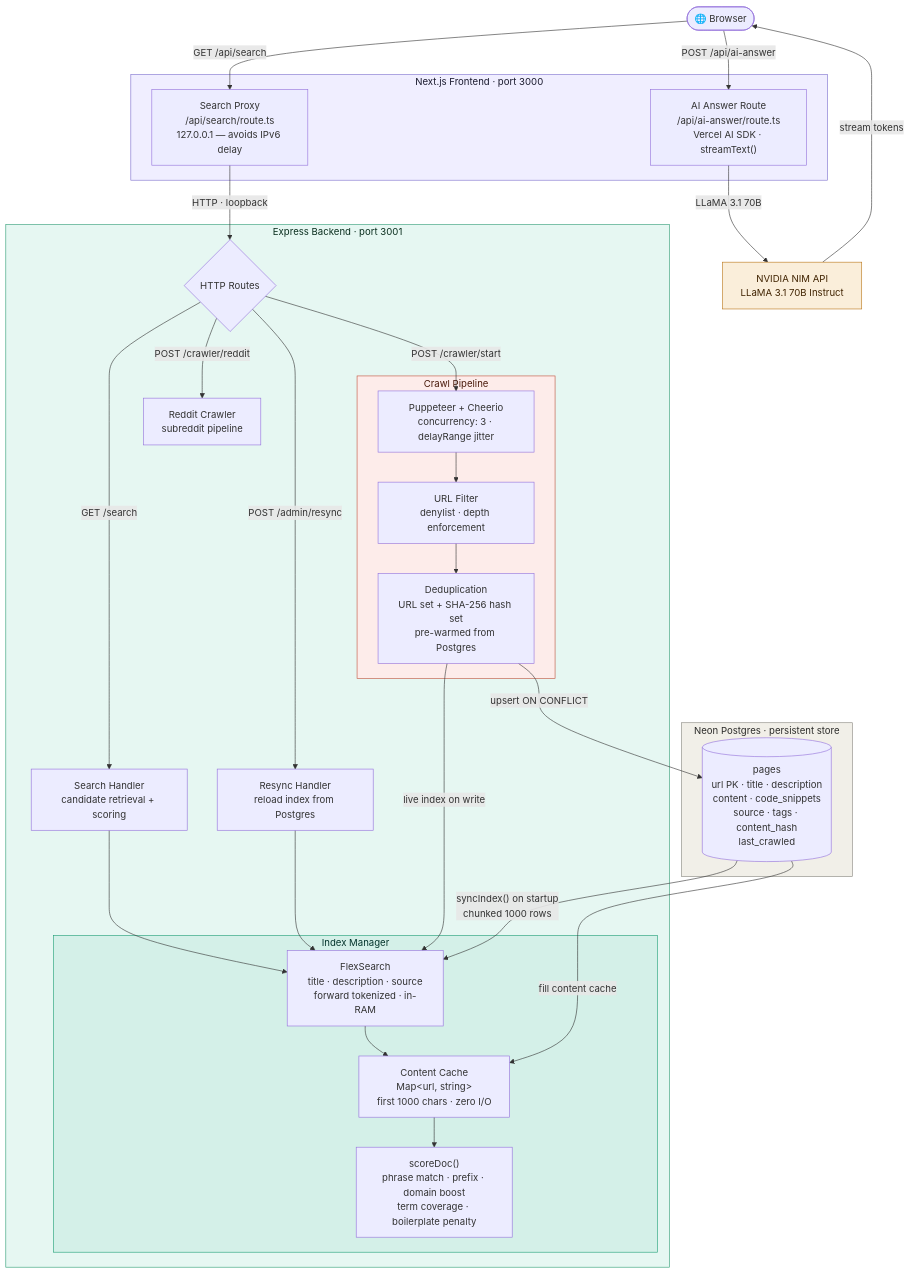
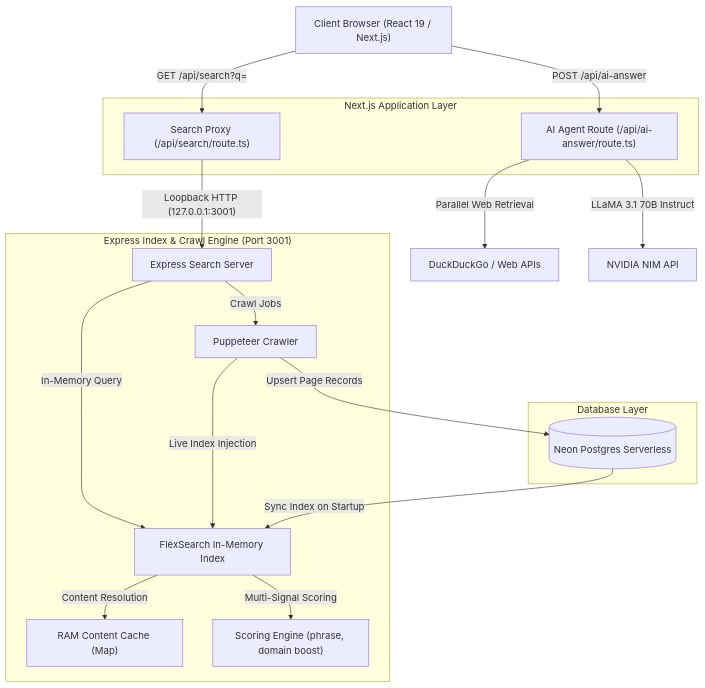
Before and after one commit to aakarsh12x/TraceSearchEngine: the first of 2 diagrams in README.md, drawn with Mermaid. The commit also changed other lines of this file, not shown here.

Commit message:
docs: rewrite README with architecture diagrams, streaming benchmarks, and comprehensive feature overview

````diff
--- a/README.md
+++ b/README.md
@@ -15,60 +24,32 @@
 ```mermaid
 graph TD
-    Browser(["🌐 Browser"])
+    Browser["Client Browser (React 19 / Next.js)"]
 
-    Browser -->|"GET /api/search"| SearchProxy
-    Browser -->|"POST /api/ai-answer"| AIRoute
+    Browser -->|"GET /api/search?q="| SearchProxy["Search Proxy (/api/search/route.ts)"]
+    Browser -->|"POST /api/ai-answer"| AIRoute["AI Agent Route (/api/ai-answer/route.ts)"]
 
-    subgraph NextJS["Next.js Frontend · port 3000"]
-        SearchProxy["Search Proxy\n/api/search/route.ts\n127.0.0.1 — avoids IPv6 delay"]
-        AIRoute["AI Answer Route\n/api/ai-answer/route.ts\nVercel AI SDK · streamText()"]
+    subgraph NextJS["Next.js Application Layer"]
+        SearchProxy
+        AIRoute
     end
 
-    AIRoute -->|"LLaMA 3.1 70B"| NIM["NVIDIA NIM API\nLLaMA 3.1 70B Instruct"]
-    NIM -->|"stream tokens"| Browser
+    AIRoute -->|"Parallel Web Retrieval"| LiveWeb["DuckDuckGo / Web APIs"]
+    AIRoute -->|"LLaMA 3.1 70B Instruct"| NVIDIA["NVIDIA NIM API"]
+    
+    SearchProxy -->|"Loopback HTTP (127.0.0.1:3001)"| ExpressServer["Express Search Server"]
 
-    SearchProxy -->|"HTTP · loopback"| ExpressRoutes
-
-    subgraph Express["Express Backend · port 3001"]
-        ExpressRoutes{"HTTP Routes"}
-        ExpressRoutes -->|"GET /search"| Search["Search Handler\ncandidate retrieval + scoring"]
-        ExpressRoutes -->|"POST /crawler/start"| Crawler
-        ExpressRoutes -->|"POST /crawler/reddit"| RedditCrawler["Reddit Crawler\nsubreddit pipeline"]
-        ExpressRoutes -->|"POST /admin/resync"| Resync["Resync Handler\nreload index from Postgres"]
-
-        subgraph IndexManager["Index Manager"]
-            FlexSearch["FlexSearch\ntitle · description · source\nforward tokenized · in-RAM"]
-            ContentCache["Content Cache\nMap&lt;url, string&gt;\nfirst 1000 chars · zero I/O"]
-            Scorer["scoreDoc()\nphrase match · prefix · domain boost\nterm coverage · boilerplate penalty"]
-        end
-
-        subgraph CrawlPipeline["Crawl Pipeline"]
-            Crawler["Puppeteer + Cheerio\nconcurrency: 3 · delayRange jitter"]
-            URLFilter["URL Filter\ndenylist · depth enforcement"]
-            Dedup["Deduplication\nURL set + SHA-256 hash set\npre-warmed from Postgres"]
-        end
-
-        Search --> FlexSearch
-        FlexSearch --> ContentCache
-        ContentCache --> Scorer
-        Resync --> FlexSearch
-
-        Crawler --> URLFilter --> Dedup
+    subgraph Express["Express Index & Crawl Engine (Port 3001)"]
+        ExpressServer -->|"In-Memory Query"| IndexManager["FlexSearch In-Memory Index"]
+        ExpressServer -->|"Crawl Jobs"| CrawlEngine["Puppeteer Crawler"]
+        IndexManager -->|"Content Resolution"| ContentCache["RAM Content Cache (Map<string, string>)"]
+        IndexManager -->|"Multi-Signal Scoring"| Scorer["Scoring Engine (phrase, domain boost)"]
     end
 
-    subgraph Postgres["Neon Postgres · persistent store"]
-        PagesTable[("pages\nurl PK · title · description\ncontent · code_snippets\nsource · tags · content_hash\nlast_crawled")]
+    subgraph DB["Database Layer"]
+        Postgres[("Neon Postgres Serverless")]
     end
 
-    Dedup -->|"upsert ON CONFLICT"| PagesTable
-    Dedup -->|"live index on write"| FlexSearch
-    PagesTable -->|"syncIndex() on startup\nchunked 1000 rows"| FlexSearch
-    PagesTable -->|"fill content cache"| ContentCache
-
-    style NextJS fill:#f0eeff,stroke:#7c6fcd,color:#1a1a2e
-    style Express fill:#e6f7f2,stroke:#2d9c74,color:#0a2e1e
-    style IndexManager fill:#d4f0e8,stroke:#1d9e75,color:#04342c
-    style CrawlPipeline fill:#fdecea,stroke:#c0503a,color:#4A1B0C
-    style Postgres fill:#f1efe8,stroke:#888780,color:#2c2c2a
-    style NIM fill:#faeeda,stroke:#ba7517,color:#412402
+    CrawlEngine -->|"Upsert Page Records"| Postgres
+    CrawlEngine -->|"Live Index Injection"| IndexManager
+    Postgres -->|"Sync Index on Startup"| IndexManager
 ```
````
